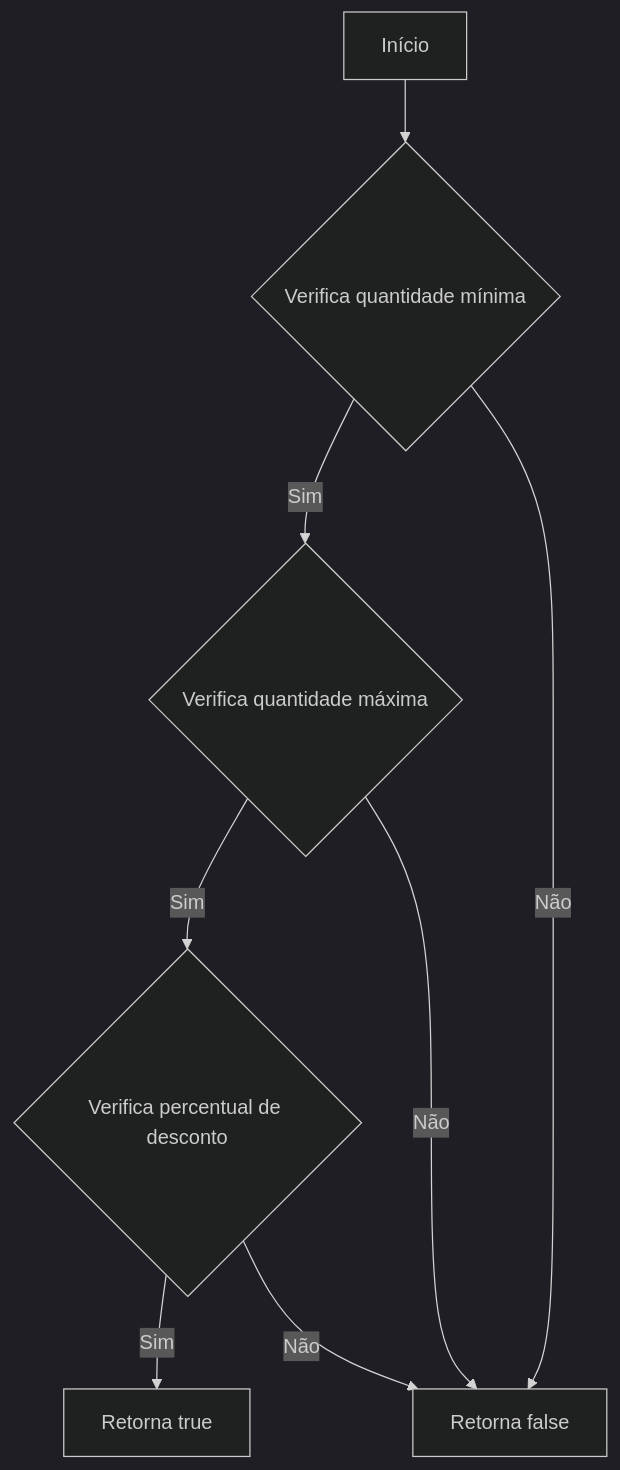
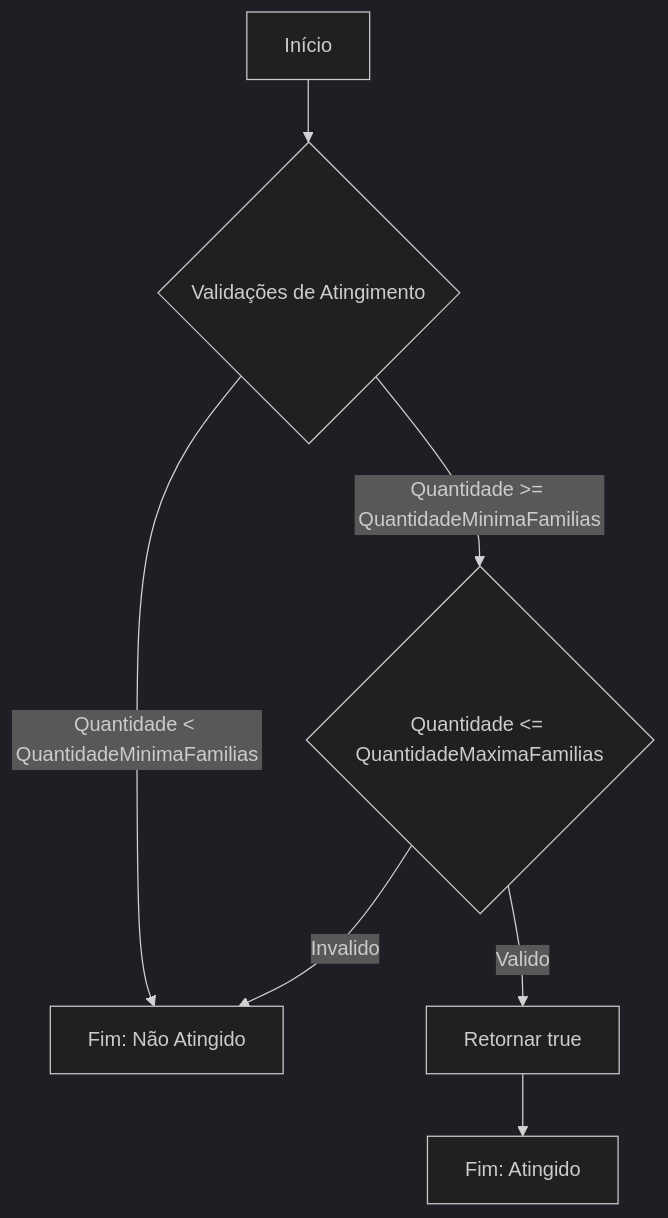
Before and after one commit to IsthmusSistemas/documentacao-tecnica: the second of 3 diagrams in docs/b2b-dominio/IsthmusWinthor.Nucleo/IsthmusWinthor.Dominio/POCO/Precos/IsthmusIndustrias/CondicoesComerciais/DescontosProgressivosFamilias/DescontoProgressivoFamiliaDescontoIsthmusIndustriaModel.md, drawn with Mermaid (dark theme). The commit also changed other lines of this file and 882 other files, not shown here.

````diff
--- a/docs/b2b-dominio/IsthmusWinthor.Nucleo/IsthmusWinthor.Dominio/POCO/Precos/IsthmusIndustrias/CondicoesComerciais/DescontosProgressivosFamilias/DescontoProgressivoFamiliaDescontoIsthmusIndustriaModel.md
+++ b/docs/b2b-dominio/IsthmusWinthor.Nucleo/IsthmusWinthor.Dominio/POCO/Precos/IsthmusIndustrias/CondicoesComerciais/DescontosProgressivosFamilias/DescontoProgressivoFamiliaDescontoIsthmusIndustriaModel.md
@@ -37,10 +36,9 @@
 ```mermaid
 flowchart TD
-    A[Início] --> B{Verifica quantidade mínima}
-    B -->|Sim| C{Verifica quantidade máxima}
-    B -->|Não| D[Retorna false]
-    C -->|Sim| E{Verifica percentual de desconto}
-    C -->|Não| D[Retorna false]
-    E -->|Sim| F[Retorna true]
-    E -->|Não| D[Retorna false]
+    A[Início] --> B{Validações de Atingimento}
+    B -->|Quantidade >= QuantidadeMinimaFamilias| C{Quantidade <= QuantidadeMaximaFamilias}
+    B -->|Quantidade < QuantidadeMinimaFamilias| F[Fim: Não Atingido]
+    C -->|Valido| D[Retornar true]
+    C -->|Invalido| F[Fim: Não Atingido]
+    D --> E[Fim: Atingido]
 ```
````
